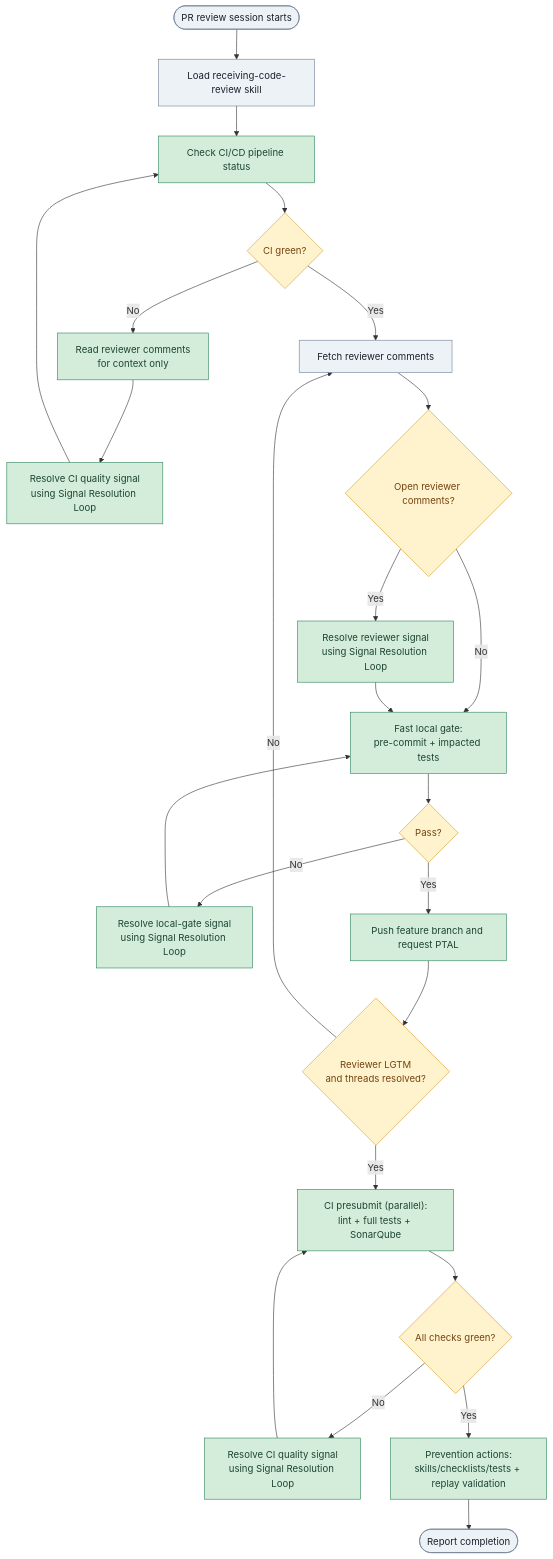
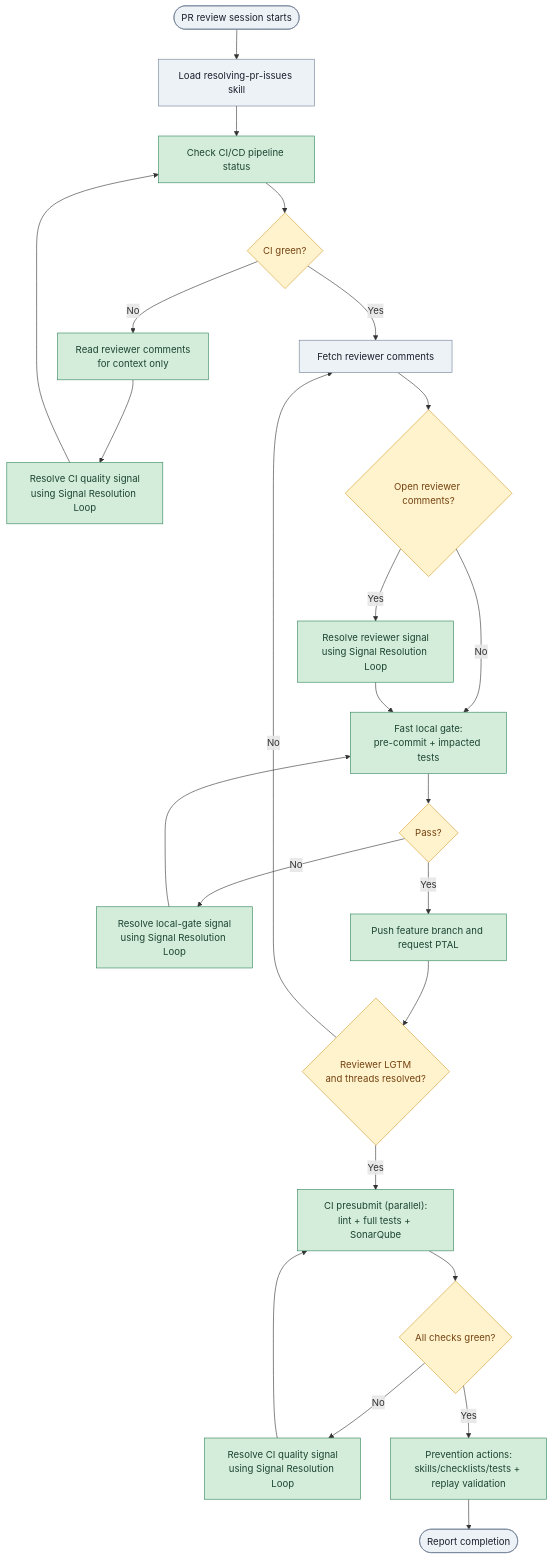
One commit to redmarklogic/redline changed the second of 2 diagrams in docs/product/operations/pr-review-resolution-process.md. Above: the diagram before and after it, drawn with Mermaid. The commit also changed other lines of this file, not shown here.

Commit message:
docs: update PR review process documentation

````diff
--- a/docs/product/operations/pr-review-resolution-process.md
+++ b/docs/product/operations/pr-review-resolution-process.md
@@ -55,34 +55,34 @@
 ```mermaid
 graph TD
-    A([PR review session starts]) --> B["Load receiving-code-review skill"]
+  A([PR review session starts]) --> B["Load resolving-pr-issues skill"]
     B --> CI0["Check CI/CD pipeline status"]
     CI0 --> CIG{"CI green?"}
     CIG -- "No" --> CX["Read reviewer comments<br>for context only"]
     CX --> SR_CI["Resolve CI quality signal<br>using Signal Resolution Loop"]
     SR_CI --> CI0
     CIG -- "Yes" --> C["Fetch reviewer comments"]
     C --> D{"Open reviewer comments?"}
     D -- "Yes" --> SR_REV["Resolve reviewer signal<br>using Signal Resolution Loop"]
     D -- "No" --> O["Fast local gate:<br>pre-commit + impacted tests"]
     SR_REV --> O
     O --> P{"Pass?"}
     P -- "No" --> SR_LOCAL["Resolve local-gate signal<br>using Signal Resolution Loop"]
     SR_LOCAL --> O
     P -- "Yes" --> R["Push feature branch and request PTAL"]
     R --> S{"Reviewer LGTM<br>and threads resolved?"}
     S -- "No" --> C
     S -- "Yes" --> U["CI presubmit (parallel):<br>lint + full tests + SonarQube"]
     U --> V{"All checks green?"}
     V -- "No" --> SR_CI2["Resolve CI quality signal<br>using Signal Resolution Loop"]
     SR_CI2 --> U
     V -- "Yes" --> Z["Prevention actions:<br>skills/checklists/tests + replay validation"]
     Z --> W([Report completion])
 
     classDef baseline fill:#edf2f7,stroke:#718096,color:#1a202c
     classDef modStep fill:#fff3cd,stroke:#d69e2e,color:#744210
     classDef newStep fill:#d4edda,stroke:#2f855a,color:#1c4532
 
     class A,B,C,W baseline
     class CIG,D,P,S,V modStep
     class CI0,CX,SR_CI,SR_REV,SR_LOCAL,R,U,Z,SR_CI2,O newStep
 ```
````
